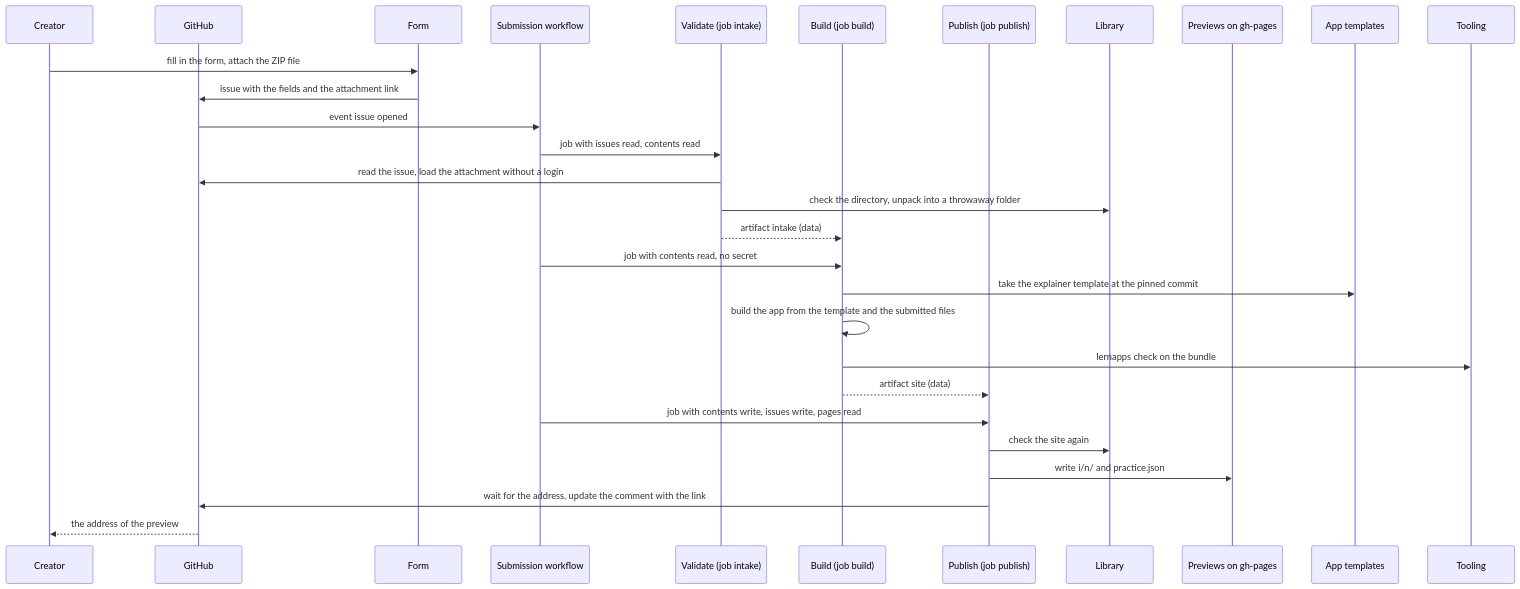
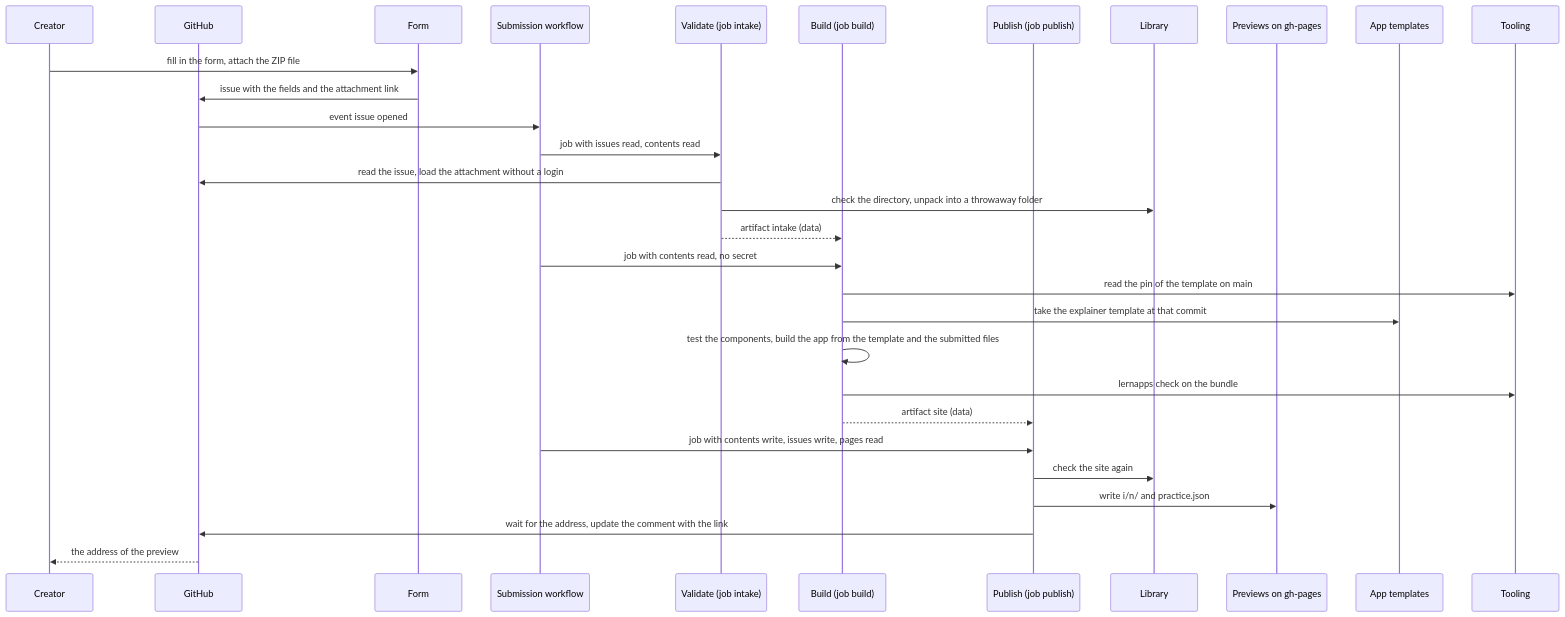
The first of 6 diagrams in docs/arc42/06-runtime-view.arc42.md (lernapps/practice), drawn with Mermaid before and after one commit. The commit also changed other lines of this file and 12 other files, not shown here.

First line of the commit message:
docs(architecture): content and components, SVG check, pin from tooling main, plan per phase

````diff
--- a/docs/arc42/06-runtime-view.arc42.md
+++ b/docs/arc42/06-runtime-view.arc42.md
@@ -29,31 +29,32 @@
 ```mermaid
 sequenceDiagram
     participant creator as Creator
     participant github as GitHub
     participant form as Form
     participant flow as Submission workflow
     participant intake as Validate (job intake)
     participant build as Build (job build)
     participant publish as Publish (job publish)
     participant lib as Library
     participant previews as Previews on gh-pages
     participant templates as App templates
     participant tooling as Tooling
     creator->>form: fill in the form, attach the ZIP file
     form->>github: issue with the fields and the attachment link
     github->>flow: event issue opened
     flow->>intake: job with issues read, contents read
     intake->>github: read the issue, load the attachment without a login
     intake->>lib: check the directory, unpack into a throwaway folder
     intake-->>build: artifact intake (data)
     flow->>build: job with contents read, no secret
-    build->>templates: take the explainer template at the pinned commit
-    build->>build: build the app from the template and the submitted files
+    build->>tooling: read the pin of the template on main
+    build->>templates: take the explainer template at that commit
+    build->>build: test the components, build the app from the template and the submitted files
     build->>tooling: lernapps check on the bundle
     build-->>publish: artifact site (data)
     flow->>publish: job with contents write, issues write, pages read
     publish->>lib: check the site again
     publish->>previews: write i/n/ and practice.json
     publish->>github: wait for the address, update the comment with the link
     github-->>creator: the address of the preview
 ```
````
